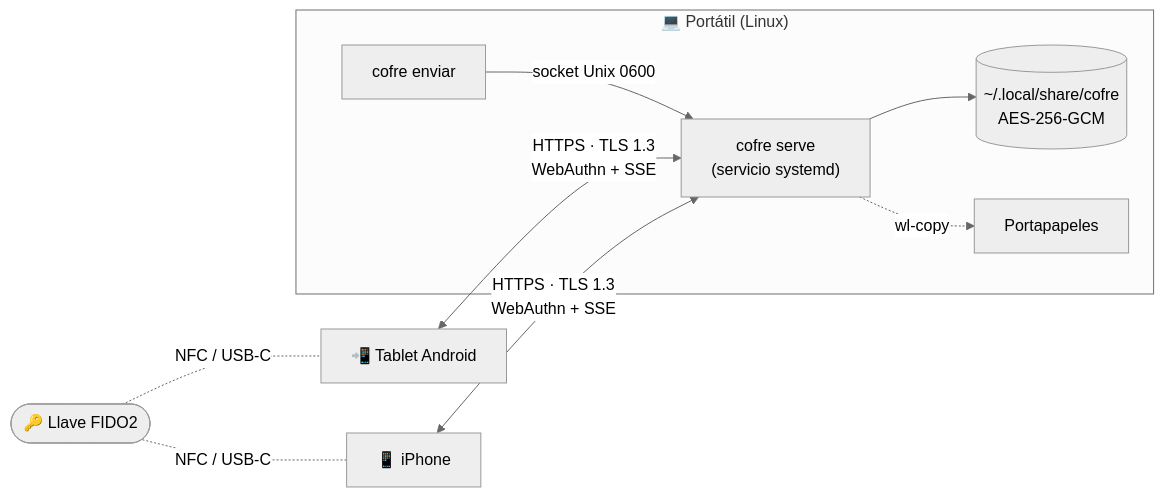
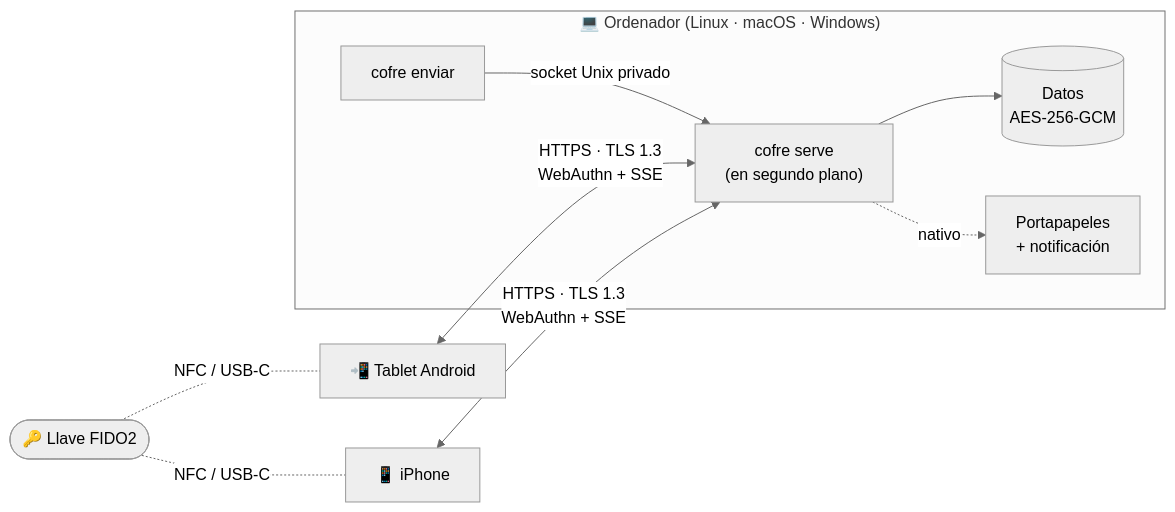
The diagram in README.md (RedShenlong/cofre), drawn with Mermaid (neutral theme) before and after one commit. The commit also changed other lines of this file and 26 other files, not shown here.

Commit message:
macOS y Windows (sin probar), menú Compartir de Android y pruebas sin tocar el escritorio

````diff
--- a/README.md
+++ b/README.md
@@ -59,12 +63,12 @@
 ```mermaid
 flowchart LR
-    subgraph Portátil["💻 Portátil (Linux)"]
-        CLI["cofre enviar"] -- socket Unix 0600 --> S
-        S["cofre serve<br/>(servicio systemd)"] --> D[("~/.local/share/cofre<br/>AES-256-GCM")]
-        S -. wl-copy .-> CB["Portapapeles"]
+    subgraph PC["💻 Ordenador (Linux · macOS · Windows)"]
+        CLI["cofre enviar"] -- socket Unix privado --> S
+        S["cofre serve<br/>(en segundo plano)"] --> D[("Datos<br/>AES-256-GCM")]
+        S -. nativo .-> CB["Portapapeles<br/>+ notificación"]
     end
     T["📲 Tablet Android"] <-- "HTTPS · TLS 1.3<br/>WebAuthn + SSE" --> S
     I["📱 iPhone"] <-- "HTTPS · TLS 1.3<br/>WebAuthn + SSE" --> S
     K(["🔑 Llave FIDO2"]) -. NFC / USB-C .- T
     K -. NFC / USB-C .- I
 ```
````
